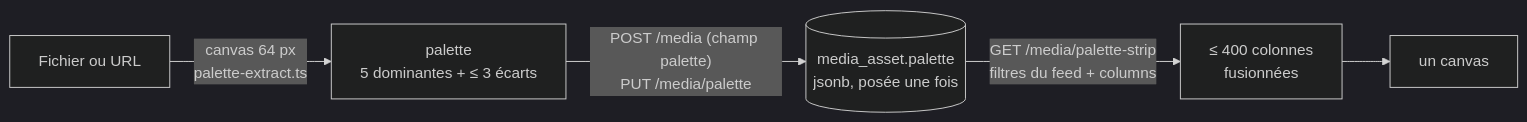
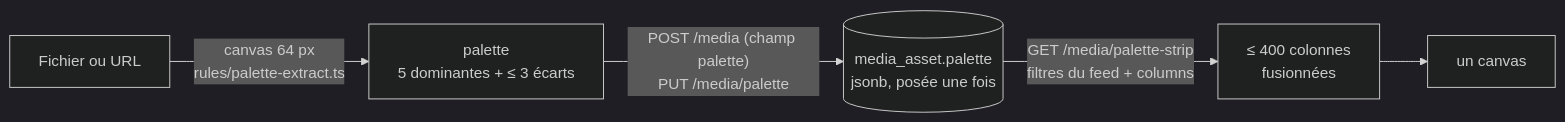
Before and after one commit to hugoheynard/lfd: the fourth of 4 diagrams in documentation/mediatheque/mediatheque.md, drawn with Mermaid (dark theme). The commit also changed other lines of this file and 242 other files, not shown here.

````diff
--- a/documentation/mediatheque/mediatheque.md
+++ b/documentation/mediatheque/mediatheque.md
@@ -559,7 +597,7 @@
 ```mermaid
 flowchart LR
-    F["Fichier ou URL"] -->|"canvas 64 px<br/>palette-extract.ts"| P["palette<br/>5 dominantes + ≤ 3 écarts"]
+    F["Fichier ou URL"] -->|"canvas 64 px<br/>rules/palette-extract.ts"| P["palette<br/>5 dominantes + ≤ 3 écarts"]
     P -->|"POST /media (champ palette)<br/>PUT /media/palette"| DB[("media_asset.palette<br/>jsonb, posée une fois")]
     DB -->|"GET /media/palette-strip<br/>filtres du feed + columns"| S["≤ 400 colonnes<br/>fusionnées"]
     S --> C["un canvas"]
 ```
````
